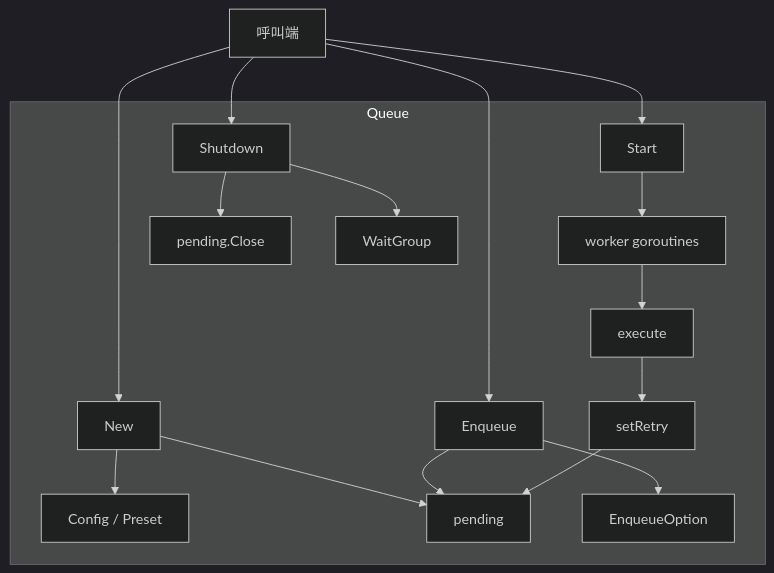
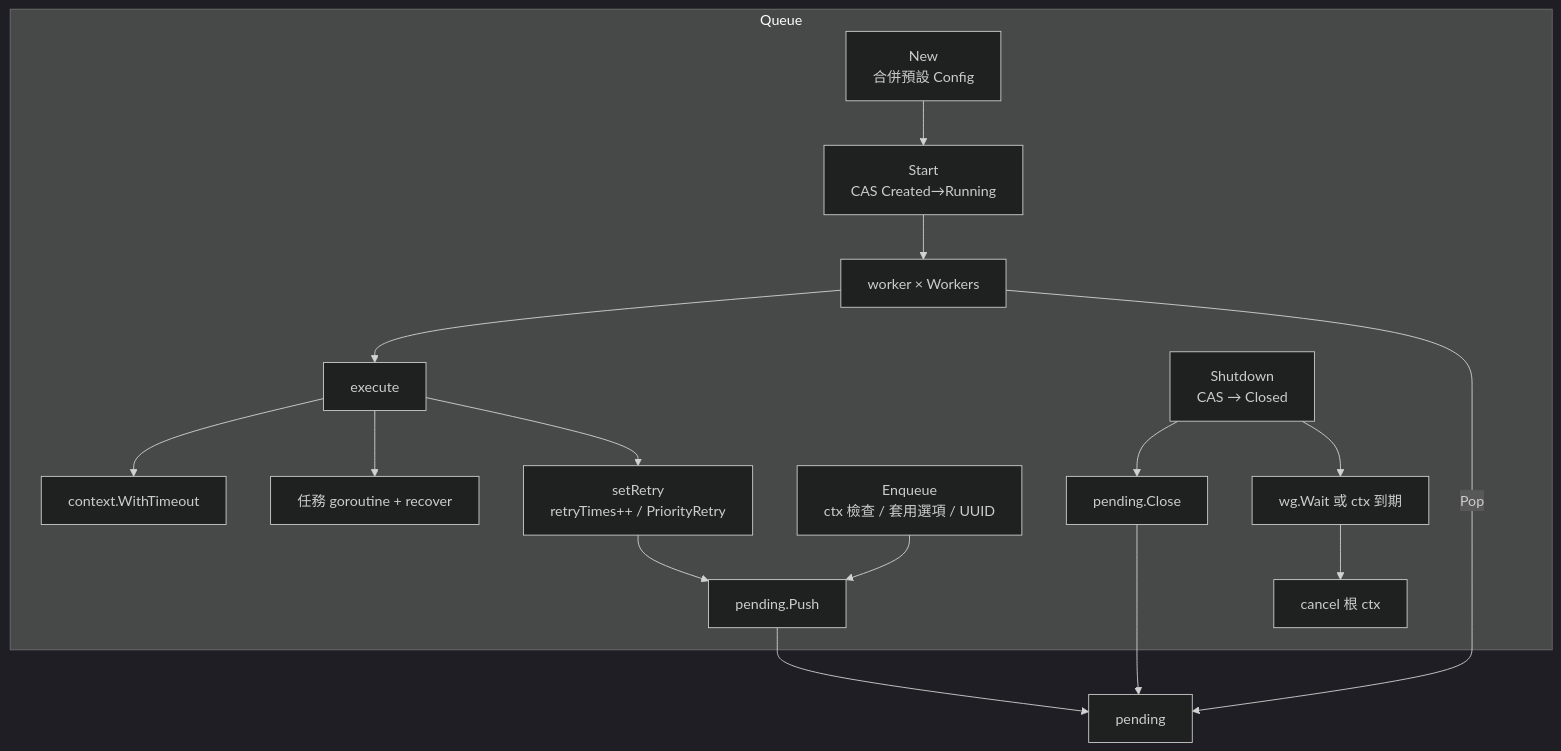
The second of 9 diagrams in doc/architecture.zh.md (pardnchiu/go-queue), drawn with Mermaid (dark theme) before and after one commit. The commit also changed other lines of this file and 7 other files, not shown here.

Commit message:
doc: Regenerate bilingual README, usage docs, and architecture for core package

````diff
--- a/doc/architecture.zh.md
+++ b/doc/architecture.zh.md
@@ -24,19 +29,19 @@
 ```mermaid
 graph TB
     subgraph Queue
-        New[New] --> Config[Config / Preset]
-        New --> Pending[pending]
-        Start[Start] --> Workers[worker goroutines]
-        Enqueue[Enqueue] --> Options[EnqueueOption]
-        Enqueue --> Pending
-        Workers --> Execute[execute]
-        Execute --> Retry[setRetry]
-        Retry --> Pending
-        Shutdown[Shutdown] --> Close[pending.Close]
-        Shutdown --> Wait[WaitGroup]
+        N[New<br/>合併預設 Config] --> ST[Start<br/>CAS Created→Running]
+        ST --> WK[worker × Workers]
+        WK --> EX[execute]
+        EX --> TO[context.WithTimeout]
+        EX --> GR[任務 goroutine + recover]
+        EX --> RT[setRetry<br/>retryTimes++ / PriorityRetry]
+        EQ[Enqueue<br/>ctx 檢查 / 套用選項 / UUID] --> PU[pending.Push]
+        SD[Shutdown<br/>CAS → Closed] --> CL[pending.Close]
+        SD --> WG[wg.Wait 或 ctx 到期]
+        WG --> CN[cancel 根 ctx]
     end
-    App[呼叫端] --> New
-    App --> Start
-    App --> Enqueue
-    App --> Shutdown
+    RT --> PU
+    WK -->|Pop| PD[pending]
+    PU --> PD
+    CL --> PD
 ```
````
